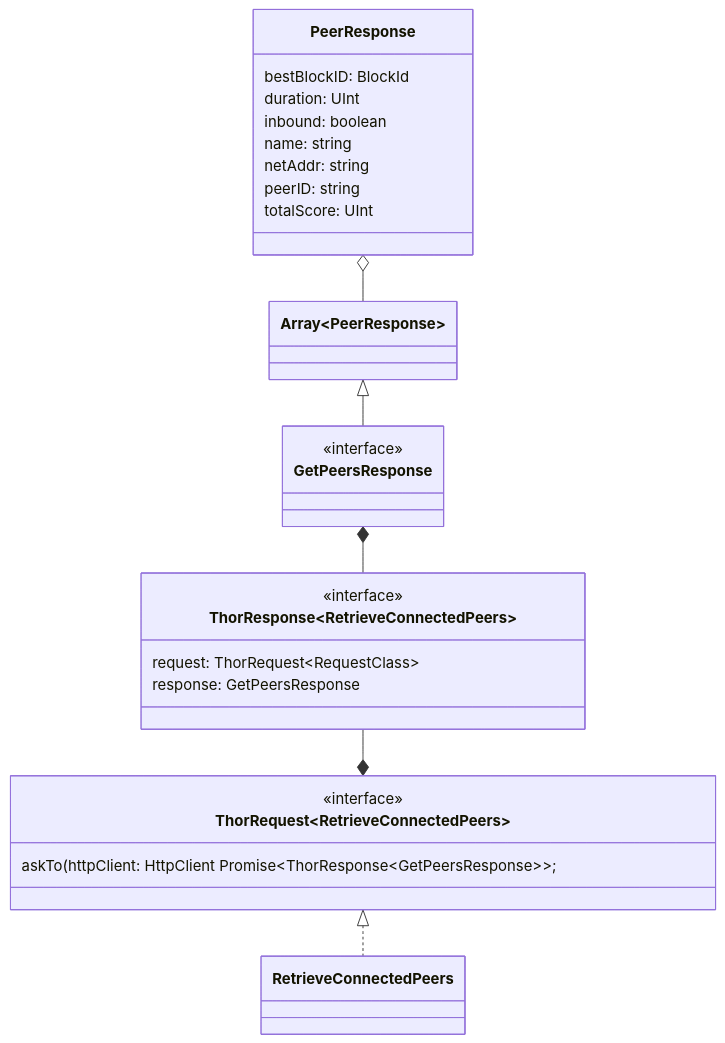
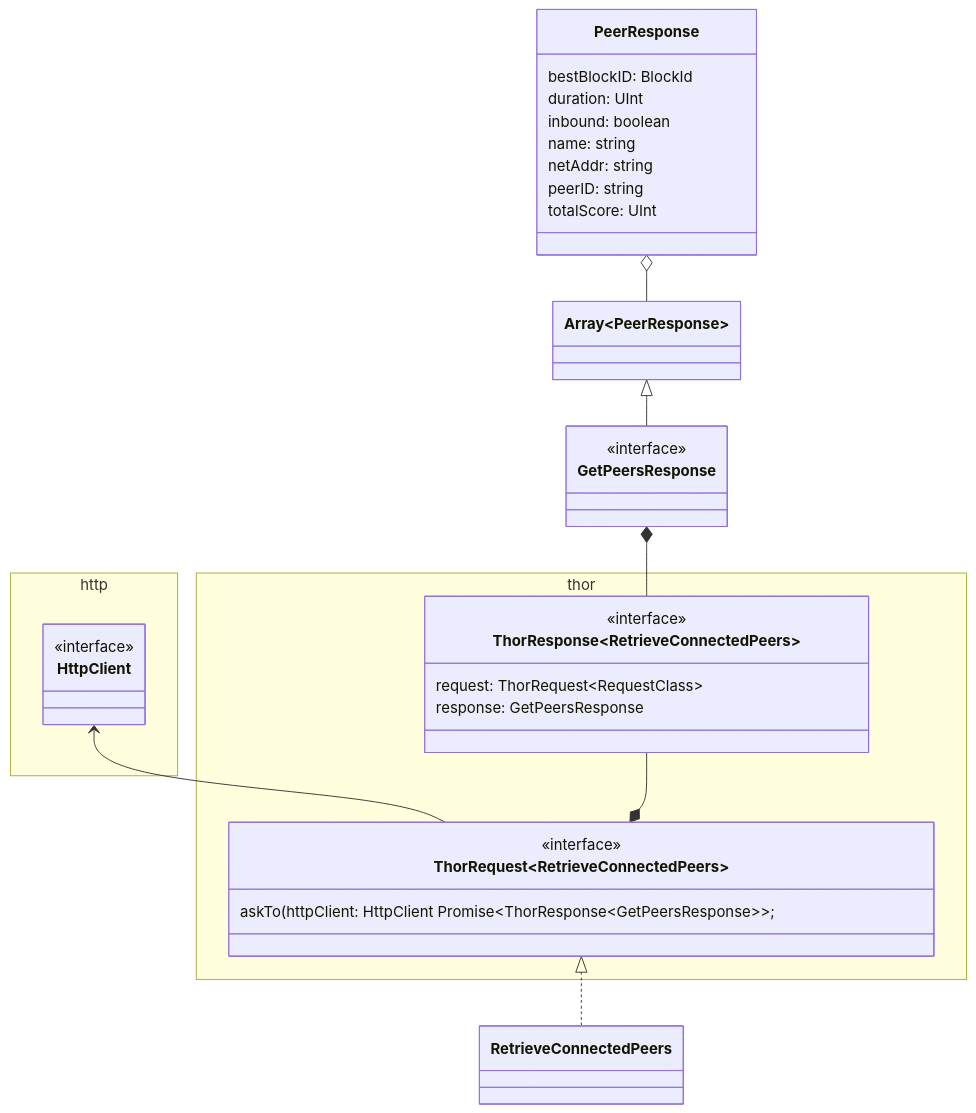
One commit to vechain/vechain-sdk-js changed the diagram in docs/diagrams/v2/network/thor/node/node.md. Above: the diagram before and after it, drawn with Mermaid. The commit also changed 1 other file, not shown here.

Commit message:
feat: v2 thor account dev...

````diff
--- a/docs/diagrams/v2/network/thor/node/node.md
+++ b/docs/diagrams/v2/network/thor/node/node.md
@@ -1,35 +1,41 @@
 ```mermaid
 classDiagram
     class Array~PeerResponse~ {
     }
-    class GetPeersResponse{
+    class GetPeersResponse {
         <<interface>>
     }
     class PeerResponse {
         bestBlockID: BlockId
         duration: UInt
         inbound: boolean
         name: string
         netAddr: string
         peerID: string
         totalScore: UInt
-        
     }
     class RetrieveConnectedPeers {
-        
     }
-    class ThorRequest~RetrieveConnectedPeers~ {
-        <<interface>>
-        askTo(httpClient: HttpClient Promise~ThorResponse~GetPeersResponse~~;
+    namespace http {
+        class HttpClient {
+            <<interface>>
+        }
     }
-    class ThorResponse~RetrieveConnectedPeers~ {
-        <<interface>>
-        request: ThorRequest~RequestClass~
-        response: GetPeersResponse
+    namespace thor {
+        class ThorRequest~RetrieveConnectedPeers~ {
+            <<interface>>
+            askTo(httpClient: HttpClient Promise~ThorResponse~GetPeersResponse~~;
+        }
+        class ThorResponse~RetrieveConnectedPeers~ {
+            <<interface>>
+            request: ThorRequest~RequestClass~
+            response: GetPeersResponse
+        }
     }
     Array~PeerResponse~ <|-- GetPeersResponse
+    GetPeersResponse *-- ThorResponse~RetrieveConnectedPeers~
+    HttpClient <-- ThorRequest~RetrieveConnectedPeers~
     PeerResponse o-- Array~PeerResponse~
     ThorRequest~RetrieveConnectedPeers~ <|.. RetrieveConnectedPeers
-    GetPeersResponse *-- ThorResponse~RetrieveConnectedPeers~
-    ThorResponse~RetrieveConnectedPeers~ --* ThorRequest
+    ThorResponse~RetrieveConnectedPeers~ --* ThorRequest~RetrieveConnectedPeers~
 ```
````
